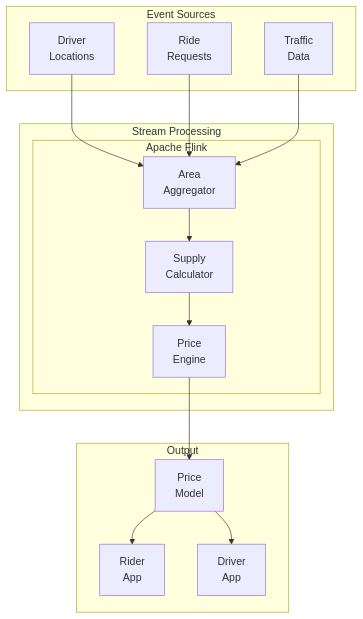
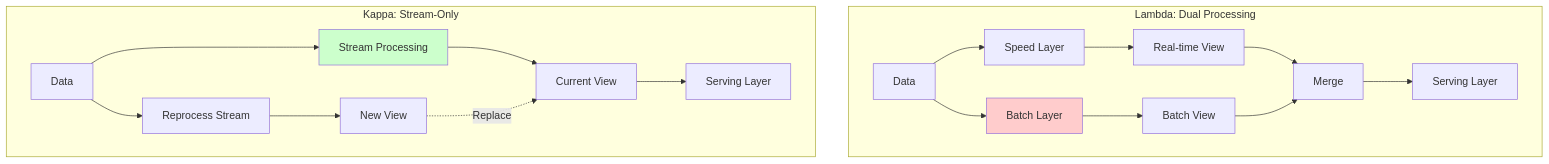
Before and after one commit to deepaucksharma/DStudio: the ninth of 9 diagrams in docs/pattern-library/architecture/event-streaming.md, drawn with Mermaid. The commit also changed other lines of this file and 8 other files, not shown here.

````diff
--- a/docs/pattern-library/architecture/event-streaming.md
+++ b/docs/pattern-library/architecture/event-streaming.md
@@ -459,33 +593,24 @@
 ```mermaid
 graph TB
-    subgraph "Event Sources"
-        D[Driver<br/>Locations]
-        R[Ride<br/>Requests]
-        T[Traffic<br/>Data]
+    subgraph "Lambda: Dual Processing"
+        L_Data[Data] --> L_Stream[Speed Layer]
+        L_Data --> L_Batch[Batch Layer]
+        L_Stream --> L_RT[Real-time View]
+        L_Batch --> L_BV[Batch View]
+        L_RT --> L_Merge[Merge]
+        L_BV --> L_Merge
+        L_Merge --> L_Serve[Serving Layer]
     end
     
-    subgraph "Stream Processing"
-        subgraph "Apache Flink"
-            A[Area<br/>Aggregator]
-            S[Supply<br/>Calculator]
-            P[Price<br/>Engine]
-        end
+    subgraph "Kappa: Stream-Only"
+        K_Data[Data] --> K_Stream[Stream Processing]
+        K_Stream --> K_Current[Current View]
+        K_Data --> K_Reprocess[Reprocess Stream]
+        K_Reprocess --> K_New[New View]
+        K_New -.->|Replace| K_Current
+        K_Current --> K_Serve[Serving Layer]
     end
     
-    subgraph "Output"
-        PM[Price<br/>Model]
-        UI[Rider<br/>App]
-        DA[Driver<br/>App]
-    end
-    
-    D --> A
-    R --> A
-    T --> A
-    
-    A --> S
-    S --> P
-    
-    P --> PM
-    PM --> UI
-    PM --> DA
+    style L_Batch fill:#ffcccc
+    style K_Stream fill:#ccffcc
 ```
````
